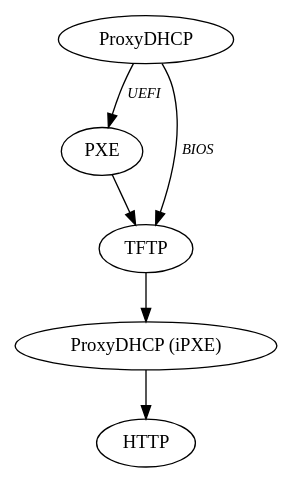
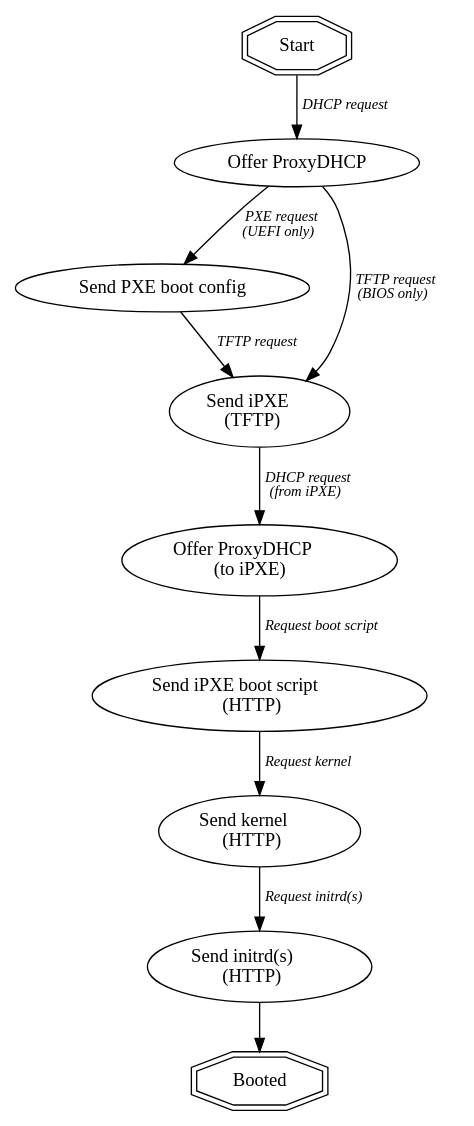
One commit to metal-stack/pixie changed the diagram in pixiecore/bootgraph.dot. Above: the diagram before and after it, drawn with Graphviz. The commit also changed 1 other file, not shown here.

Commit message:
pixiecore: flesh out the boot graph.

```diff
--- a/pixiecore/bootgraph.dot
+++ b/pixiecore/bootgraph.dot
@@ -1,10 +1,21 @@
 digraph G {
-    ProxyDHCP1 [label="ProxyDHCP"];
-    ProxyDHCP2 [label="ProxyDHCP (iPXE)"];
-    
-    ProxyDHCP1 -> PXE [label=< <i>UEFI</i> >, fontsize=11];
-    ProxyDHCP1 -> TFTP [label=< <i>BIOS</i> >, fontsize=11];
-    PXE -> TFTP;
-    TFTP -> ProxyDHCP2;
-    ProxyDHCP2 -> HTTP;
+    Start [shape=doubleoctagon];
+    ProxyDHCP [label="Offer ProxyDHCP"];
+    PXE [label="Send PXE boot config"];
+    TFTP [label=< Send iPXE<br/>(TFTP) >];
+    ProxyDHCP_Ipxe [label=< Offer ProxyDHCP<br/>(to iPXE) >];
+    HTTP_Ipxe_Script [label=< Send iPXE boot script<br/>(HTTP) >];
+    HTTP_Kernel [label=< Send kernel<br/>(HTTP) >];
+    HTTP_Initrd [label=< Send initrd(s)<br/>(HTTP) >];
+    Booted [shape=doubleoctagon];
+
+    Start -> ProxyDHCP [label=< <i>DHCP request</i> >, fontsize=11];
+    ProxyDHCP -> PXE [label=< <i>PXE request</i><br/><i>(UEFI only)</i> >, fontsize=11];
+    ProxyDHCP -> TFTP [label=< <i>TFTP request</i><br/><i>(BIOS only)</i> >, fontsize=11];
+    PXE -> TFTP [label=< <i>TFTP request</i> >, fontsize=11];
+    TFTP -> ProxyDHCP_Ipxe [label=< <i>DHCP request</i><br/><i>(from iPXE)</i> >, fontsize=11];
+    ProxyDHCP_Ipxe -> HTTP_Ipxe_Script [label=< <i>Request boot script</i> >, fontsize=11];
+    HTTP_Ipxe_Script -> HTTP_Kernel [label=< <i>Request kernel</i> >, fontsize=11];
+    HTTP_Kernel -> HTTP_Initrd [label=< <i>Request initrd(s)</i> >, fontsize=11];
+    HTTP_Initrd -> Booted;
 }
```
